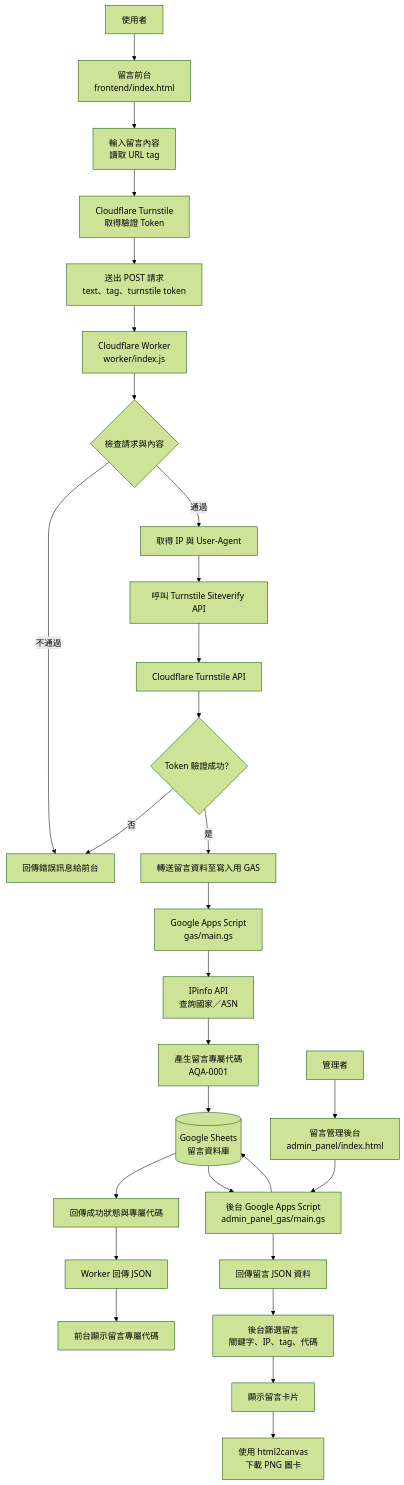
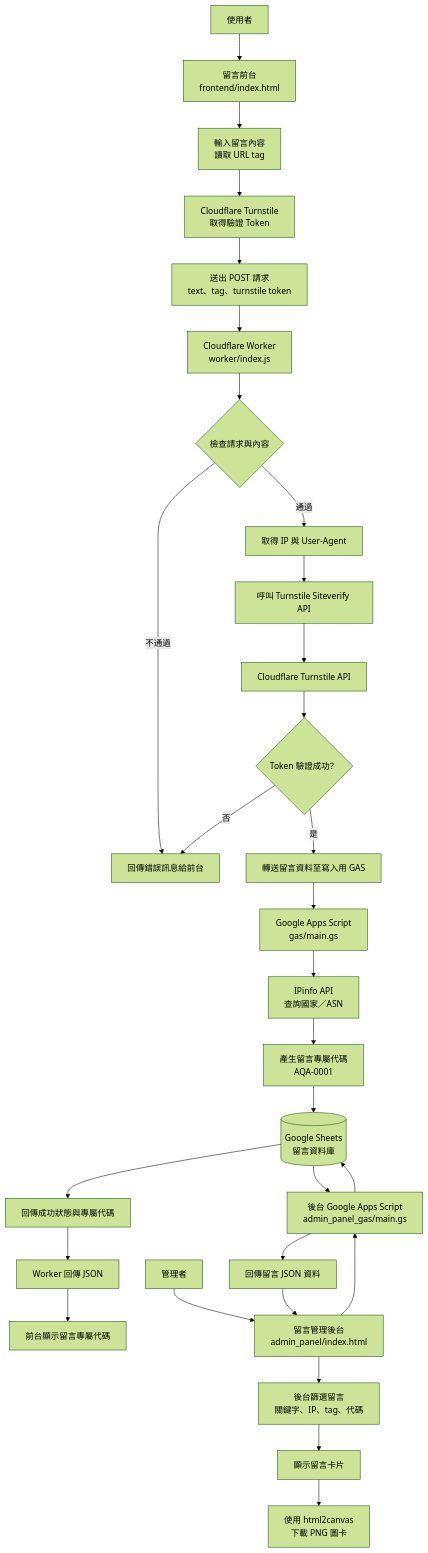
One commit to AiixiBear/aqa_system changed the diagram in README.md. Above: the diagram before and after it, drawn with Mermaid (forest theme). The commit also changed other lines of this file, not shown here.

Commit message:
修正流程圖描述，調整格式以增強可讀性

````diff
--- a/README.md
+++ b/README.md
@@ -47,51 +47,39 @@
 ```mermaid
 flowchart TD
     %% 使用者公開留言流程
-    User[使用者] --> Frontend[留言前台  
-frontend/index.html]
-    Frontend --> Input[輸入留言內容  
-讀取 URL tag]
-    Input --> TurnstileWidget[Cloudflare Turnstile  
-取得驗證 Token]
-    TurnstileWidget --> Submit[送出 POST 請求  
-text、tag、turnstile token]
+    User[使用者] --> Frontend[留言前台<br/>frontend/index.html]
+    Frontend --> Input[輸入留言內容<br/>讀取 URL tag]
+    Input --> TurnstileWidget[Cloudflare Turnstile<br/>取得驗證 Token]
+    TurnstileWidget --> Submit[送出 POST 請求<br/>text、tag、turnstile token]
 
     %% Cloudflare Worker 驗證與轉送流程
-    Submit --> Worker[Cloudflare Worker  
-worker/index.js]
+    Submit --> Worker[Cloudflare Worker<br/>worker/index.js]
     Worker --> ValidateInput{檢查請求與內容}
     ValidateInput -->|不通過| ReturnError[回傳錯誤訊息給前台]
     ValidateInput -->|通過| GetClientInfo[取得 IP 與 User-Agent]
     GetClientInfo --> VerifyTurnstile[呼叫 Turnstile Siteverify API]
     VerifyTurnstile --> TurnstileAPI[Cloudflare Turnstile API]
     TurnstileAPI --> TurnstileResult{Token 驗證成功？}
     TurnstileResult -->|否| ReturnError
     TurnstileResult -->|是| SendToGAS[轉送留言資料至寫入用 GAS]
 
     %% Google Apps Script 寫入流程
-    SendToGAS --> WriteGAS[Google Apps Script  
-gas/main.gs]
-    WriteGAS --> IPInfo[IPinfo API  
-查詢國家／ASN]
-    IPInfo --> GenerateCode[產生留言專屬代碼  
-AQA-0001]
-    GenerateCode --> GoogleSheet[(Google Sheets  
-留言資料庫)]
+    SendToGAS --> WriteGAS[Google Apps Script<br/>gas/main.gs]
+    WriteGAS --> IPInfo[IPinfo API<br/>查詢國家／ASN]
+    IPInfo --> GenerateCode[產生留言專屬代碼<br/>AQA-0001]
+    GenerateCode --> GoogleSheet[(Google Sheets<br/>留言資料庫)]
     GoogleSheet --> WriteResult[回傳成功狀態與專屬代碼]
     WriteResult --> WorkerSuccess[Worker 回傳 JSON]
     WorkerSuccess --> ShowCode[前台顯示留言專屬代碼]
 
     %% 管理者後台閱讀與產圖流程
-    Admin[管理者] --> AdminPanel[留言管理後台  
-admin_panel/index.html]
-    AdminPanel --> AdminGAS[後台 Google Apps Script  
-admin_panel_gas/main.gs]
+    Admin[管理者] --> AdminPanel[留言管理後台<br/>admin_panel/index.html]
+    AdminPanel --> AdminGAS[後台 Google Apps Script<br/>admin_panel_gas/main.gs]
     AdminGAS --> GoogleSheet
     GoogleSheet --> AdminGAS
     AdminGAS --> MessageJSON[回傳留言 JSON 資料]
-    MessageJSON --> Filter[後台篩選留言  
-關鍵字、IP、tag、代碼]
+    MessageJSON --> AdminPanel
+    AdminPanel --> Filter[後台篩選留言<br/>關鍵字、IP、tag、代碼]
     Filter --> Card[顯示留言卡片]
-    Card --> Export[使用 html2canvas  
-下載 PNG 圖卡]
+    Card --> Export[使用 html2canvas<br/>下載 PNG 圖卡]
 ```
````
